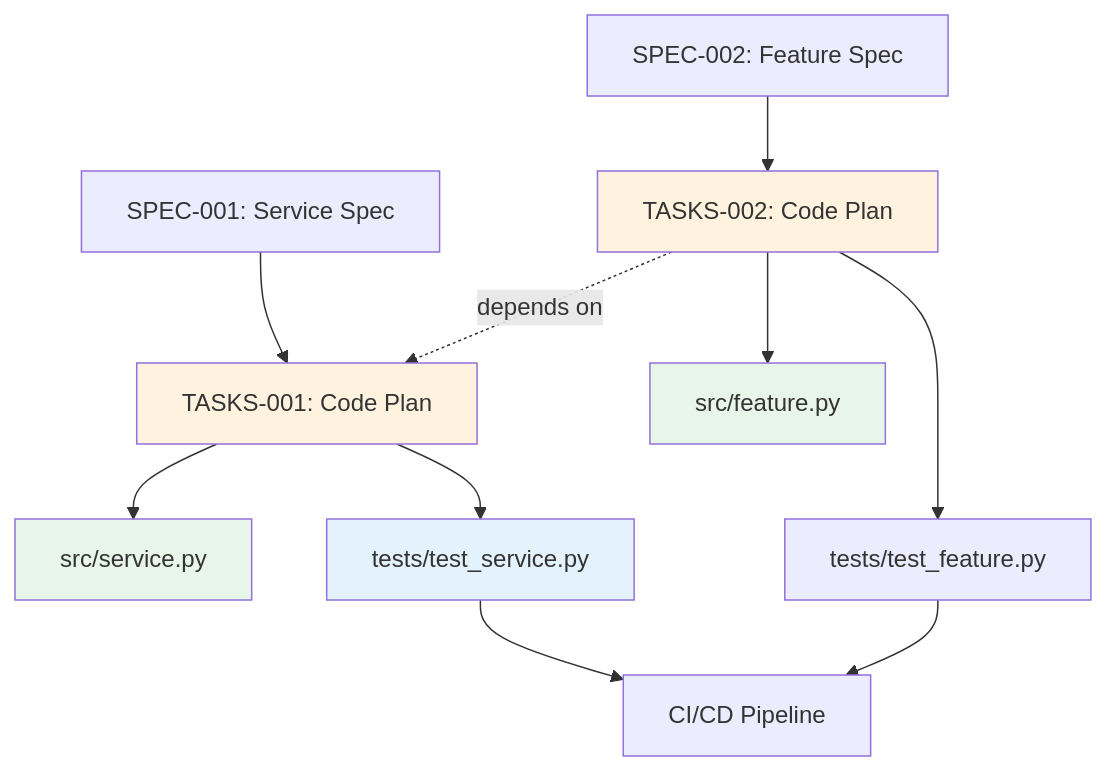
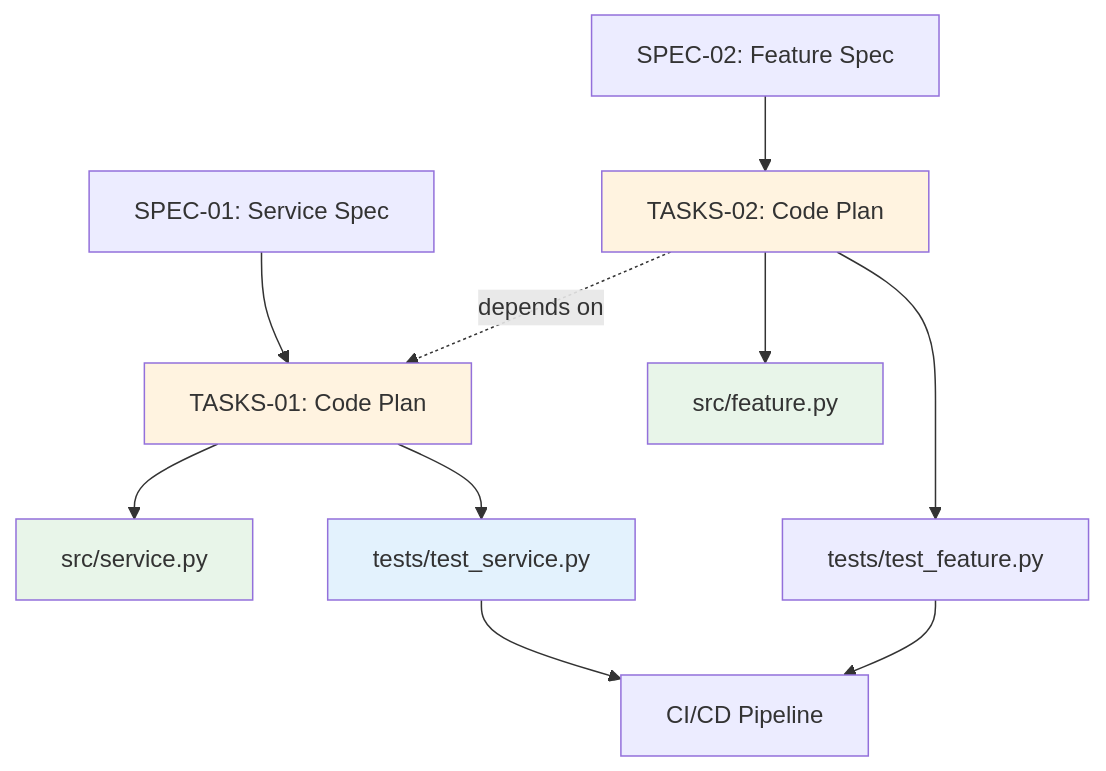
One commit to vladm3105/aidoc-flow-framework changed the diagram in ai_dev_flow/TASKS/TASKS-000_TRACEABILITY_MATRIX-TEMPLATE.md. Above: the diagram before and after it, drawn with Mermaid. The commit also changed other lines of this file and 215 other files, not shown here.

````diff
--- a/ai_dev_flow/TASKS/TASKS-000_TRACEABILITY_MATRIX-TEMPLATE.md
+++ b/ai_dev_flow/TASKS/TASKS-000_TRACEABILITY_MATRIX-TEMPLATE.md
@@ -258,22 +258,22 @@
 ```mermaid
 graph TD
-    SPEC001[SPEC-001: Service Spec] --> TASKS001[TASKS-001: Code Plan]
-    SPEC002[SPEC-002: Feature Spec] --> TASKS002[TASKS-002: Code Plan]
+    SPEC01[SPEC-01: Service Spec] --> TASKS001[TASKS-01: Code Plan]
+    SPEC002[SPEC-02: Feature Spec] --> TASKS002[TASKS-02: Code Plan]
 
     TASKS001 --> Code1[src/service.py]
     TASKS001 --> Tests1[tests/test_service.py]
 
     TASKS002 --> Code2[src/feature.py]
     TASKS002 --> Tests2[tests/test_feature.py]
 
     TASKS002 -.depends on.-> TASKS001
 
     Tests1 --> CI[CI/CD Pipeline]
     Tests2 --> CI
 
     style TASKS001 fill:#fff3e0
     style TASKS002 fill:#fff3e0
     style Code1 fill:#e8f5e9
     style Code2 fill:#e8f5e9
     style Tests1 fill:#e3f2fd
 ```
````
